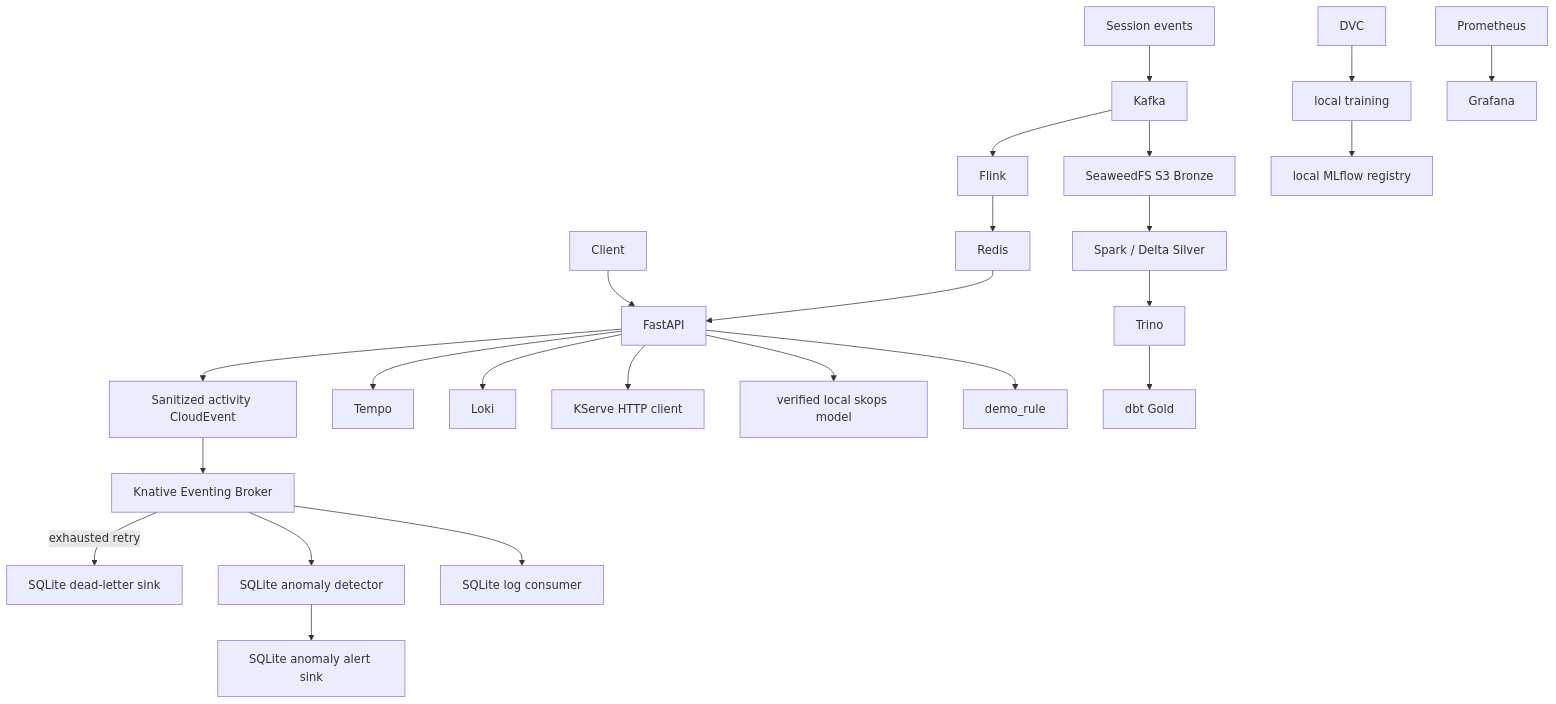
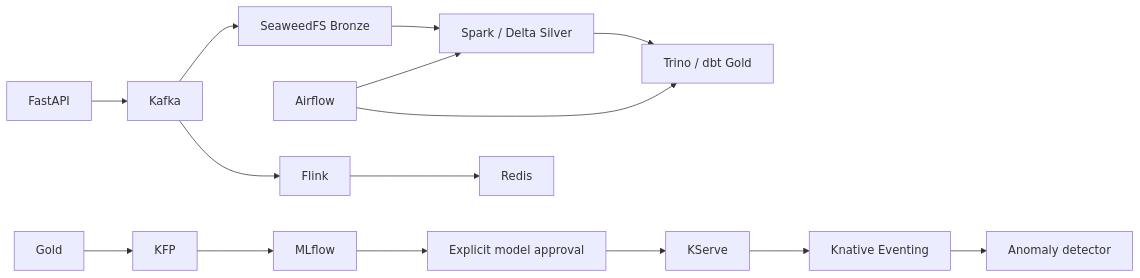
The diagram in docs/architecture.md (nhatminh06/personal-cognitive-load-monitor), drawn with Mermaid before and after one commit. The commit also changed other lines of this file and 46 other files, not shown here.

````diff
--- a/docs/architecture.md
+++ b/docs/architecture.md
@@ -5,24 +7,17 @@
 ```mermaid
-flowchart TB
-    Client --> API[FastAPI]
-    API --> Rule[demo_rule]
-    API --> Local[verified local skops model]
-    API --> KClient[KServe HTTP client]
-    Events[Session events] --> Kafka
-    Kafka --> Bronze[SeaweedFS S3 Bronze]
-    Bronze --> Spark[Spark / Delta Silver]
-    Spark --> Trino --> DBT[dbt Gold]
-    Kafka --> Flink --> Redis
-    Redis --> API
-    DVC --> Train[local training]
-    Train --> MLflow[local MLflow registry]
-    Prom[Prometheus] --> Grafana
-    API --> Loki
-    API --> Tempo
-    API --> Activity[Sanitized activity CloudEvent]
-    Activity --> Broker[Knative Eventing Broker]
-    Broker --> EventLog[SQLite log consumer]
-    Broker --> Detector[SQLite anomaly detector]
-    Detector --> AlertSink[SQLite anomaly alert sink]
-    Broker -->|exhausted retry| EventDLQ[SQLite dead-letter sink]
+flowchart LR
+  API[FastAPI] --> Kafka
+  Kafka --> Bronze[SeaweedFS Bronze]
+  Bronze --> Spark[Spark / Delta Silver]
+  Spark --> Trino[Trino / dbt Gold]
+  Airflow --> Spark
+  Airflow --> Trino
+  Kafka --> Flink
+  Flink --> Redis
+  Gold --> KFP
+  KFP --> MLflow
+  MLflow --> Approval[Explicit model approval]
+  Approval --> KServe
+  KServe --> Eventing[Knative Eventing]
+  Eventing --> Anomaly[Anomaly detector]
 ```
````
